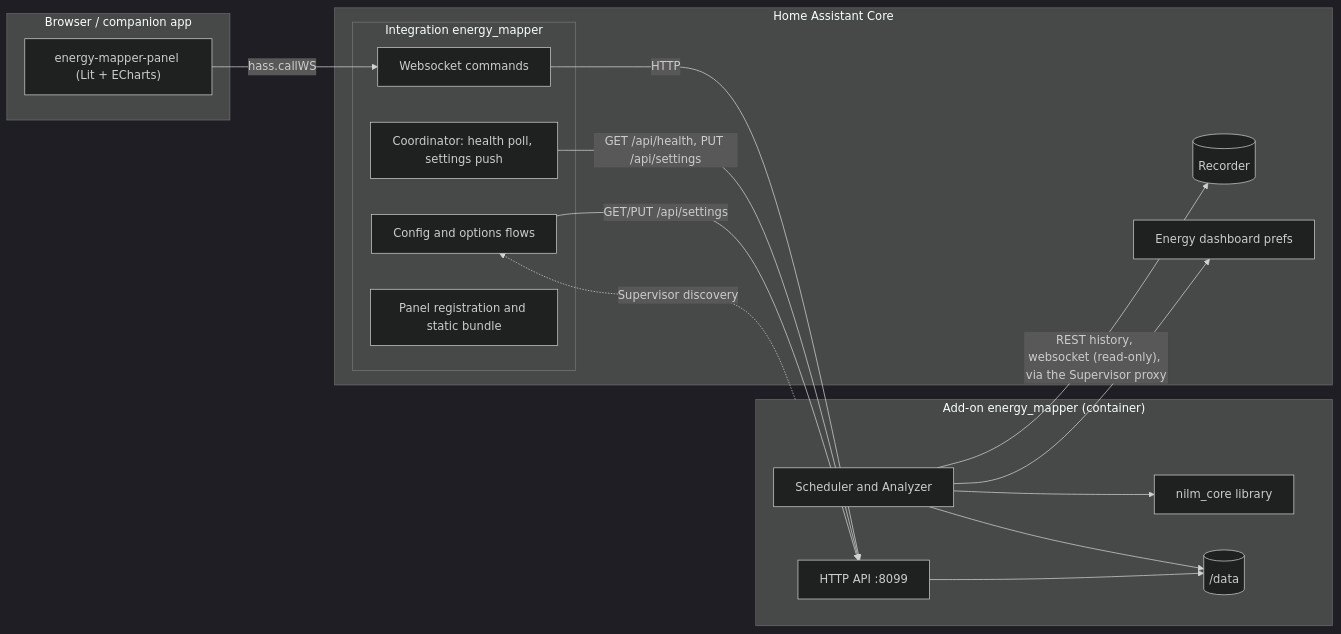
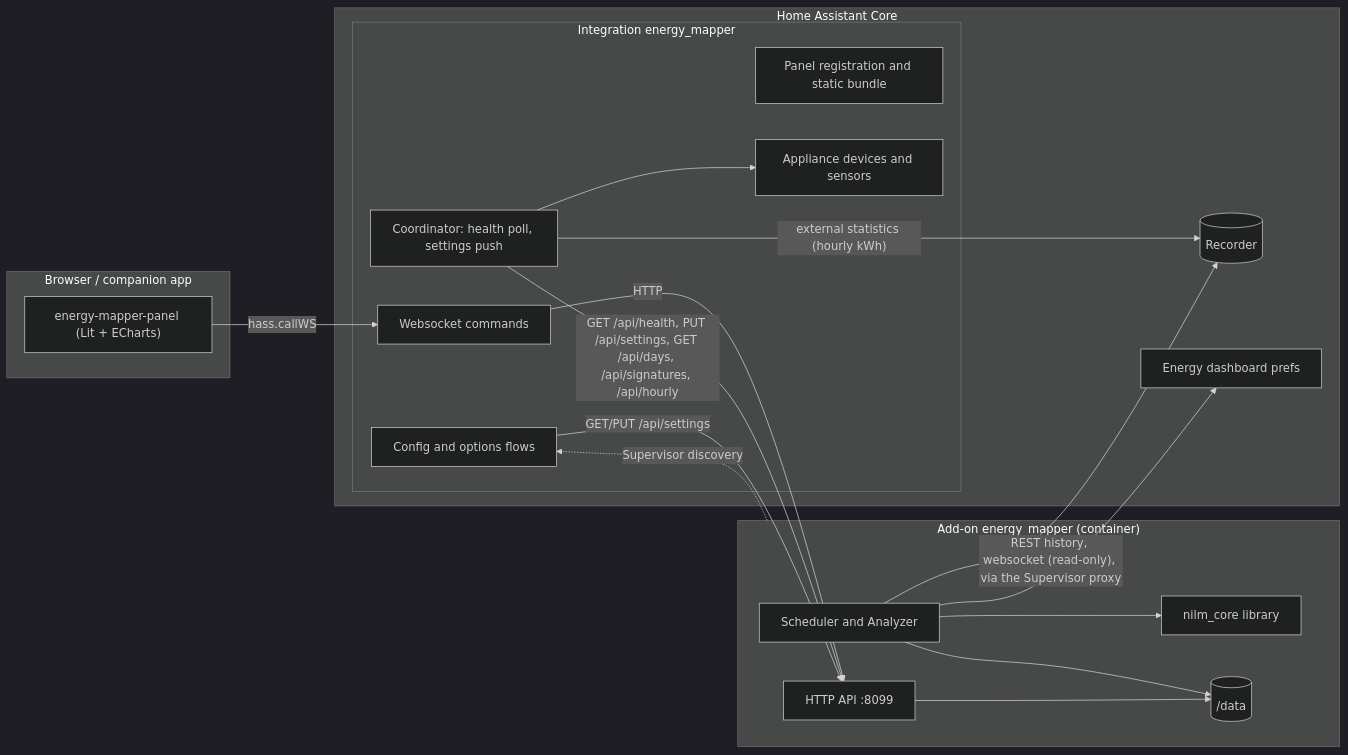
The first of 5 diagrams in docs/design.md (Aarklendoia/ha-energy-mapper), drawn with Mermaid (dark theme) before and after one commit. The commit also changed other lines of this file and 24 other files, not shown here.

First line of the commit message:
Per-appliance devices, sensors and hourly Energy dashboard statistics (#35)

````diff
--- a/docs/design.md
+++ b/docs/design.md
@@ -47,32 +47,35 @@
 ```mermaid
 flowchart LR
   subgraph HA["Home Assistant Core"]
     REC[(Recorder)]
     EN[Energy dashboard prefs]
     subgraph INT["Integration energy_mapper"]
       CF[Config and options flows]
       CO[Coordinator: health poll, settings push]
       WS[Websocket commands]
       PS[Panel registration and static bundle]
+      SE[Appliance devices and sensors]
     end
   end
   subgraph FE["Browser / companion app"]
     P["energy-mapper-panel (Lit + ECharts)"]
   end
   subgraph AO["Add-on energy_mapper (container)"]
     API[HTTP API :8099]
     SV[Scheduler and Analyzer]
     NC[nilm_core library]
     ST[(/data)]
   end
   P -- "hass.callWS" --> WS
   WS -- HTTP --> API
-  CO -- "GET /api/health, PUT /api/settings" --> API
+  CO -- "GET /api/health, PUT /api/settings, GET /api/days, /api/signatures, /api/hourly" --> API
+  CO -- "external statistics (hourly kWh)" --> REC
+  CO --> SE
   CF -- "GET/PUT /api/settings" --> API
   SV -- "REST history, websocket (read-only), via the Supervisor proxy" --> REC
   SV --> EN
   SV --> NC
   SV --> ST
   API --> ST
   AO -. "Supervisor discovery" .-> CF
 ```
````
